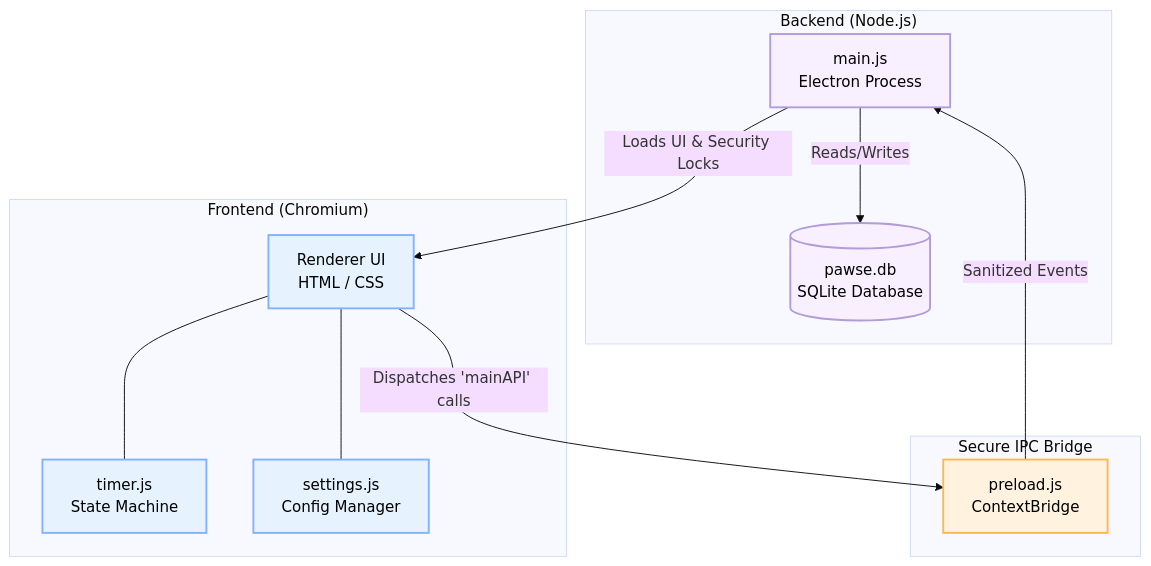
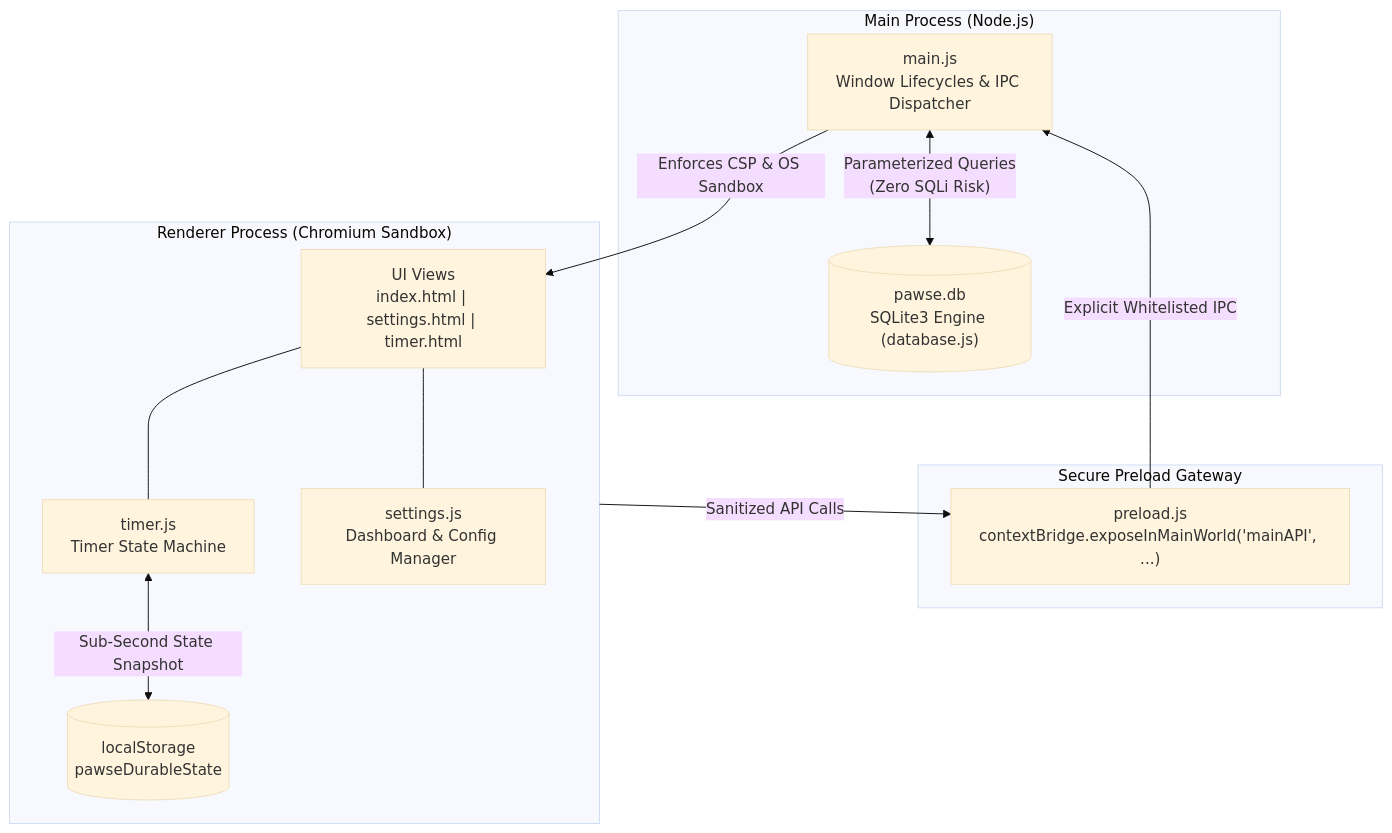
One commit to educ-jkescritor/Pawse changed the second of 2 diagrams in README.md. Above: the diagram before and after it, drawn with Mermaid (base theme). The commit also changed other lines of this file and 1 other file, not shown here.

Commit message:
task: polish database code and update README.md

````diff
--- a/README.md
+++ b/README.md
@@ -35,32 +129,26 @@
 ```mermaid
-graph TD
-    subgraph "Backend (Node.js)"
-        A[main.js<br>Electron Process]
-        C[(pawse.db<br>SQLite Database)]
-        A -->|Reads/Writes| C
+flowchart TD
+    subgraph Backend ["Main Process (Node.js)"]
+        A["main.js<br/>Window Lifecycles & IPC Dispatcher"]
+        C[("pawse.db<br/>SQLite3 Engine (database.js)")]
+        A <-->|"Parameterized Queries<br/>(Zero SQLi Risk)"| C
     end
 
-    subgraph "Secure IPC Bridge"
-        D[preload.js<br>ContextBridge]
+    subgraph Bridge ["Secure Preload Gateway"]
+        D["preload.js<br/>contextBridge.exposeInMainWorld('mainAPI', ...)"]
     end
 
-    subgraph "Frontend (Chromium)"
-        B[Renderer UI<br>HTML / CSS]
-        E[timer.js<br>State Machine]
-        F[settings.js<br>Config Manager]
-        B --- E
-        B --- F
+    subgraph Frontend ["Renderer Process (Chromium Sandbox)"]
+        UI["UI Views<br/>index.html | settings.html | timer.html"]
+        TM["timer.js<br/>Timer State Machine"]
+        SM["settings.js<br/>Dashboard & Config Manager"]
+        DS[("localStorage<br/>pawseDurableState")]
+        UI --- TM
+        UI --- SM
+        TM <-->|"Sub-Second State Snapshot"| DS
     end
 
-    A -->|Loads UI & Security Locks| B
-    B -->|Dispatches 'mainAPI' calls| D
-    D -->|Sanitized Events| A
-    
-    classDef backend fill:#f9f0ff,stroke:#b19cd9,stroke-width:2px,color:#000;
-    classDef frontend fill:#e6f3ff,stroke:#82b1ff,stroke-width:2px,color:#000;
-    classDef bridge fill:#fff3e0,stroke:#ffb74d,stroke-width:2px,color:#000;
-    
-    class A,C backend;
-    class B,E,F frontend;
-    class D bridge;
+    A -->|"Enforces CSP & OS Sandbox"| UI
+    Frontend -->|"Sanitized API Calls"| D
+    D -->|"Explicit Whitelisted IPC"| A
 ```
````
